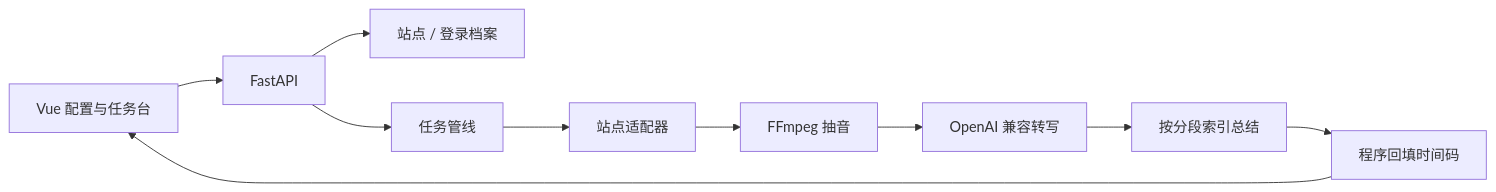
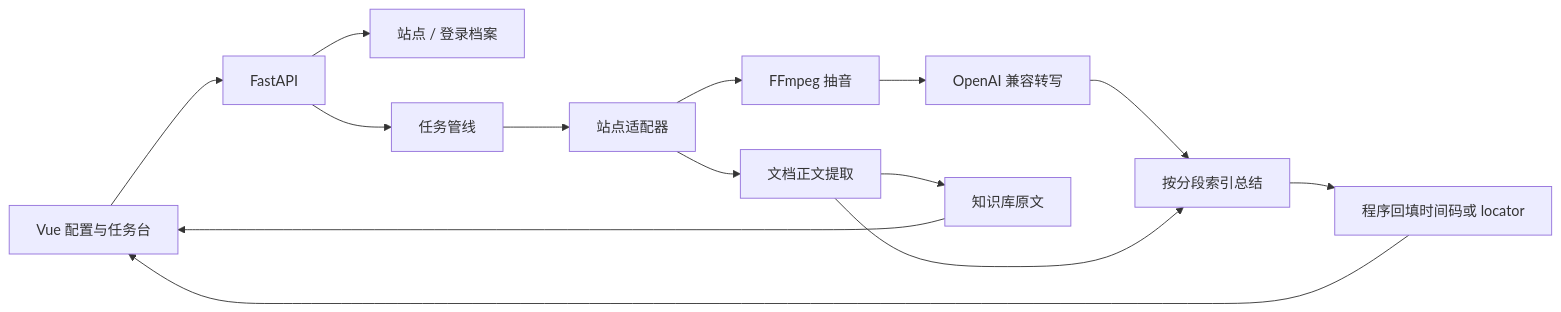
Before and after one commit to LuoJimmy/video-summary: the diagram in docs/ARCHITECTURE.md, drawn with Mermaid. The commit also changed other lines of this file and 42 other files, not shown here.

````diff
--- a/docs/ARCHITECTURE.md
+++ b/docs/ARCHITECTURE.md
@@ -3,12 +3,16 @@
 ```mermaid
 flowchart LR
   UI[Vue 配置与任务台] --> API[FastAPI]
   API --> Sites[站点 / 登录档案]
   API --> Jobs[任务管线]
   Jobs --> Adapter[站点适配器]
   Adapter --> Media[FFmpeg 抽音]
+  Adapter --> Docs[文档正文提取]
   Media --> ASR[OpenAI 兼容转写]
   ASR --> LLM[按分段索引总结]
-  LLM --> Map[程序回填时间码]
+  Docs --> LLM
+  Docs --> KB[知识库原文]
+  LLM --> Map[程序回填时间码或 locator]
   Map --> UI
+  KB --> UI
 ```
````
